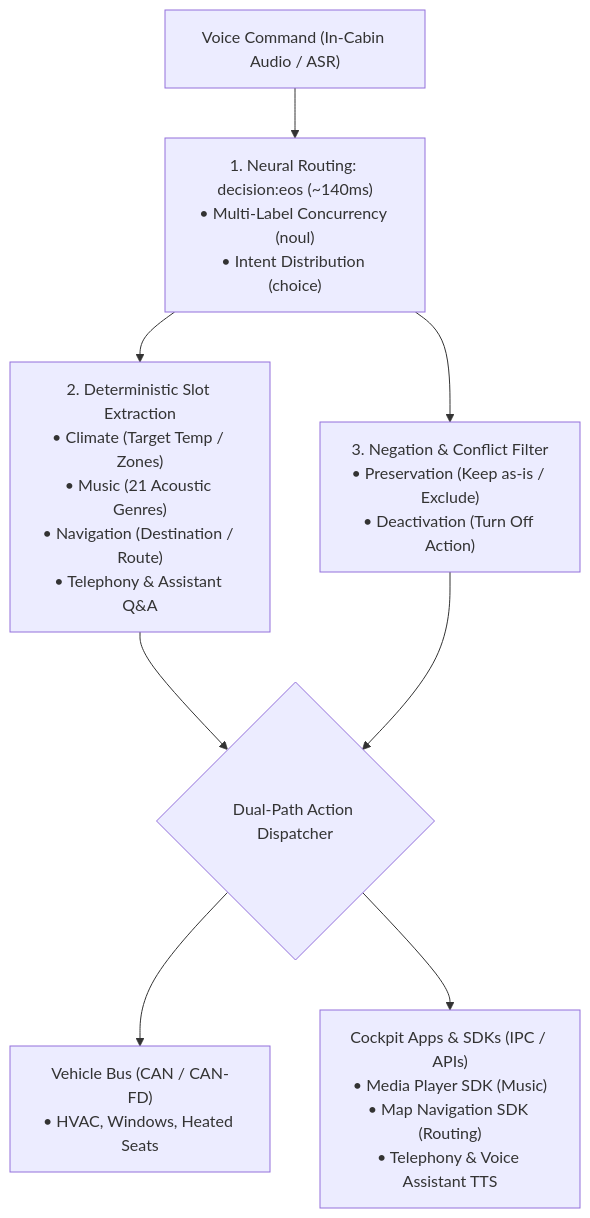
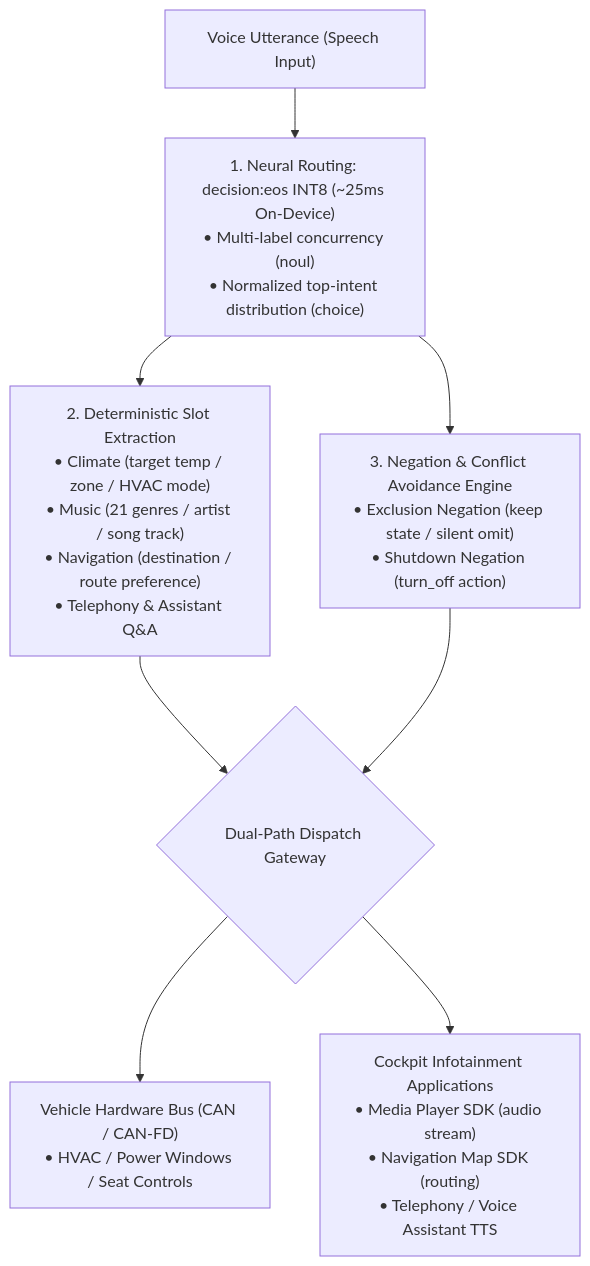
One commit to neura-edit/omni-intent changed the diagram in README.md. Above: the diagram before and after it, drawn with Mermaid. The commit also changed other lines of this file and 68 other files, not shown here.

````diff
--- a/README.md
+++ b/README.md
@@ -112,10 +136,10 @@
 ```mermaid
 flowchart TD
-    A["Voice Command (In-Cabin Audio / ASR)"] --> B["1. Neural Routing: decision:eos (~140ms)<br/>• Multi-Label Concurrency (noul)<br/>• Intent Distribution (choice)"]
-    B --> C["2. Deterministic Slot Extraction<br/>• Climate (Target Temp / Zones)<br/>• Music (21 Acoustic Genres)<br/>• Navigation (Destination / Route)<br/>• Telephony & Assistant Q&A"]
-    B --> D["3. Negation & Conflict Filter<br/>• Preservation (Keep as-is / Exclude)<br/>• Deactivation (Turn Off Action)"]
-    C --> E{"Dual-Path Action Dispatcher"}
+    A["Voice Utterance (Speech Input)"] --> B["1. Neural Routing: decision:eos INT8 (~25ms On-Device)<br/>• Multi-label concurrency (noul)<br/>• Normalized top-intent distribution (choice)"]
+    B --> C["2. Deterministic Slot Extraction<br/>• Climate (target temp / zone / HVAC mode)<br/>• Music (21 genres / artist / song track)<br/>• Navigation (destination / route preference)<br/>• Telephony & Assistant Q&A"]
+    B --> D["3. Negation & Conflict Avoidance Engine<br/>• Exclusion Negation (keep state / silent omit)<br/>• Shutdown Negation (turn_off action)"]
+    C --> E{"Dual-Path Dispatch Gateway"}
     D --> E
-    E --> F["Vehicle Bus (CAN / CAN-FD)<br/>• HVAC, Windows, Heated Seats"]
-    E --> G["Cockpit Apps & SDKs (IPC / APIs)<br/>• Media Player SDK (Music)<br/>• Map Navigation SDK (Routing)<br/>• Telephony & Voice Assistant TTS"]
+    E --> F["Vehicle Hardware Bus (CAN / CAN-FD)<br/>• HVAC / Power Windows / Seat Controls"]
+    E --> G["Cockpit Infotainment Applications<br/>• Media Player SDK (audio stream)<br/>• Navigation Map SDK (routing)<br/>• Telephony / Voice Assistant TTS"]
 ```
````
